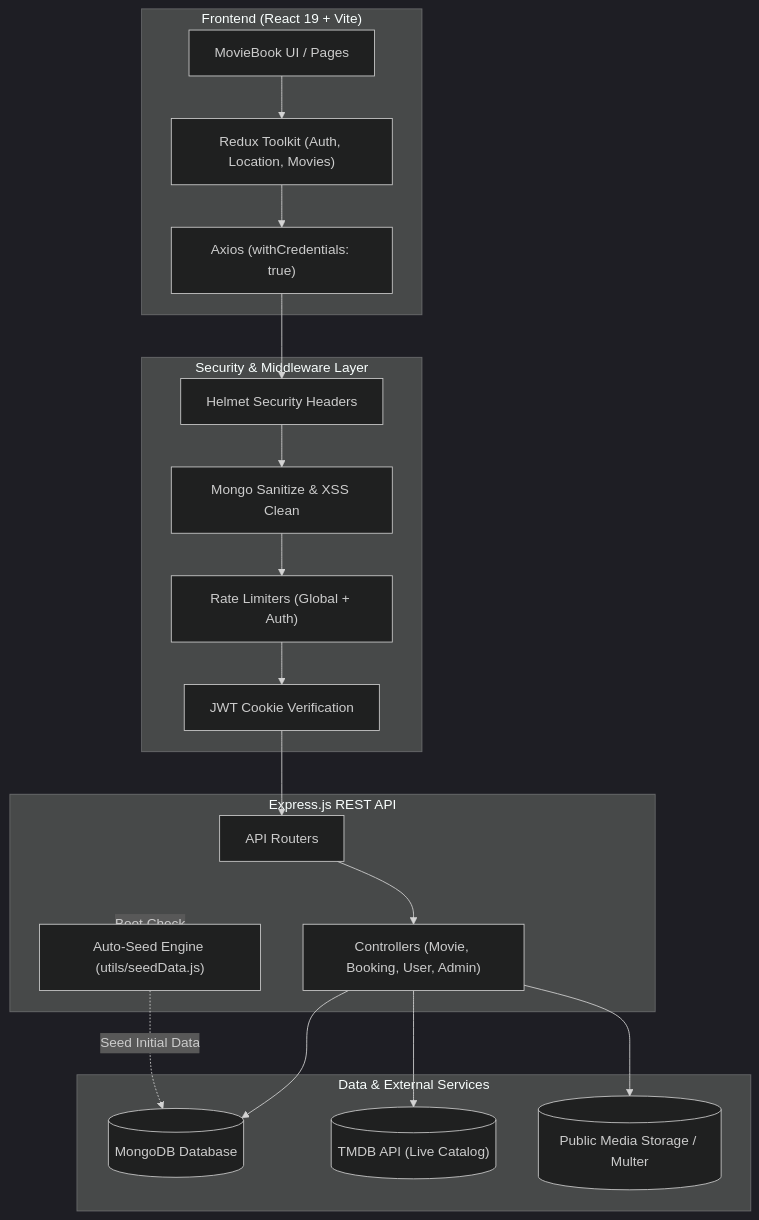
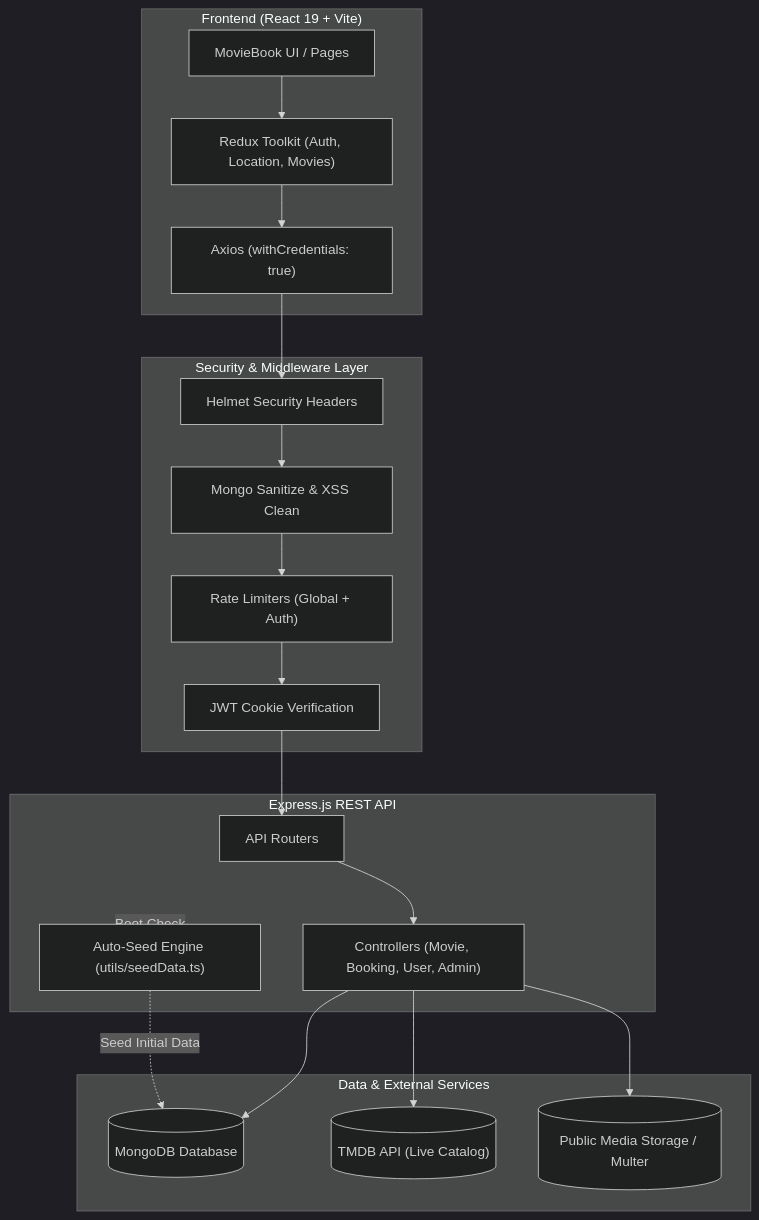
The diagram in README.md (ankit2807/Movie-Reservation-System), drawn with Mermaid (dark theme) before and after one commit. The commit also changed other lines of this file and 12 other files, not shown here.

````diff
--- a/README.md
+++ b/README.md
@@ -88,37 +93,37 @@
 ```mermaid
 flowchart TD
     subgraph Client ["Frontend (React 19 + Vite)"]
         UI["MovieBook UI / Pages"]
         Redux["Redux Toolkit (Auth, Location, Movies)"]
         Axios["Axios (withCredentials: true)"]
         UI --> Redux
         Redux --> Axios
     end
 
     subgraph Security ["Security & Middleware Layer"]
         Helmet["Helmet Security Headers"]
         Sanitize["Mongo Sanitize & XSS Clean"]
         Limiter["Rate Limiters (Global + Auth)"]
         JWTMiddleware["JWT Cookie Verification"]
     end
 
     subgraph Server ["Express.js REST API"]
         Router["API Routers"]
         Controllers["Controllers (Movie, Booking, User, Admin)"]
-        AutoSeed["Auto-Seed Engine (utils/seedData.js)"]
+        AutoSeed["Auto-Seed Engine (utils/seedData.ts)"]
     end
 
     subgraph DataStore ["Data & External Services"]
         MongoDB[("MongoDB Database")]
         TMDB[("TMDB API (Live Catalog)")]
         LocalMedia[("Public Media Storage / Multer")]
     end
 
     Axios --> Helmet --> Sanitize --> Limiter --> JWTMiddleware --> Router
     Router --> Controllers
     Controllers --> MongoDB
     Controllers --> TMDB
     Controllers --> LocalMedia
     Server -.->|Boot Check| AutoSeed
     AutoSeed -.->|Seed Initial Data| MongoDB
 ```
````
